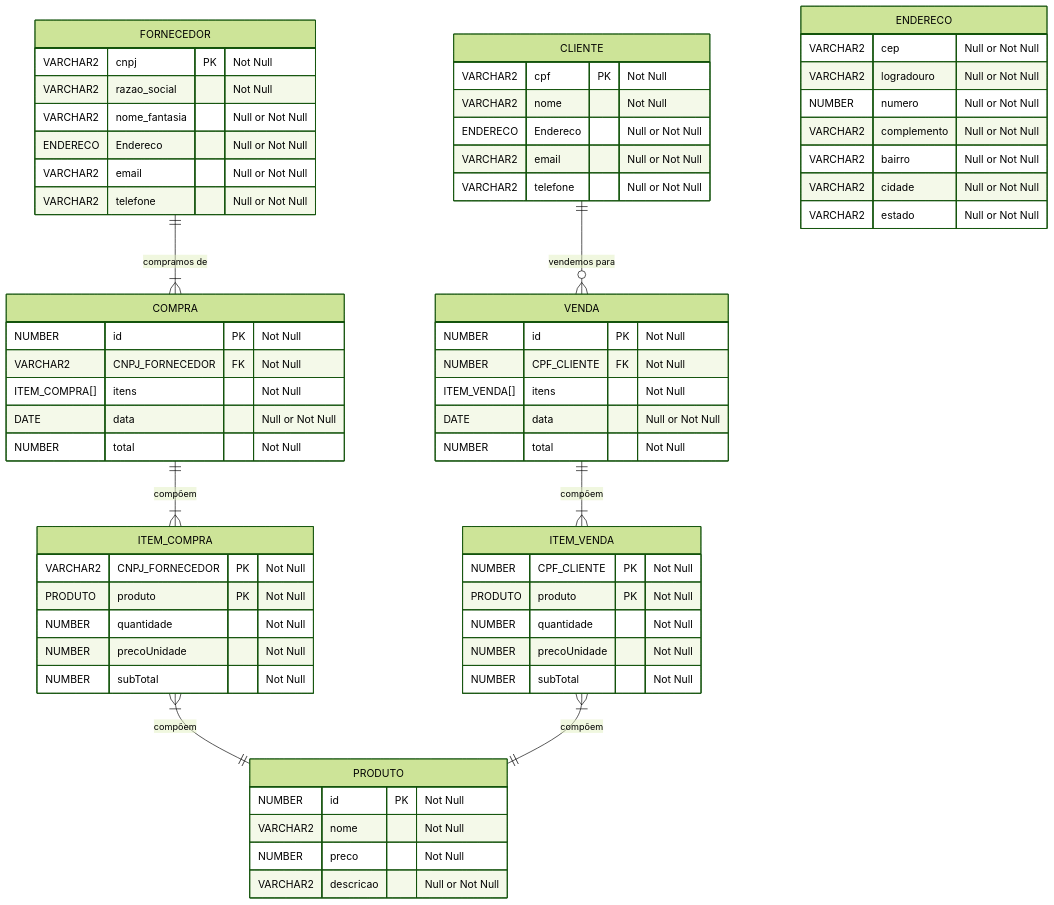
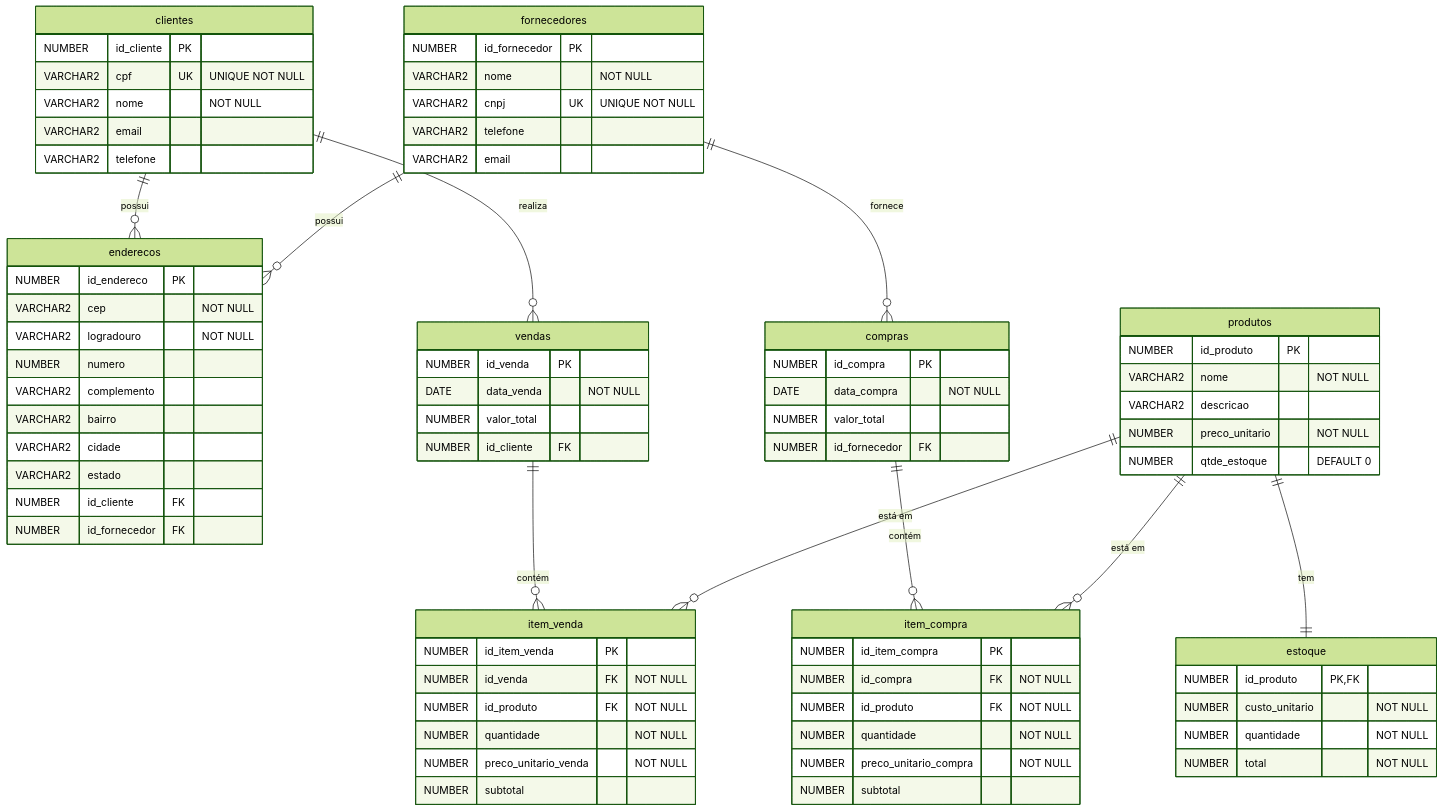
Before and after one commit to digaoes94/trabalhoSQL: the diagram in planning/erDiagram.mmd, drawn with Mermaid (forest theme). The commit also changed 21 other files, not shown here.

```diff
--- a/planning/erDiagram.mmd
+++ b/planning/erDiagram.mmd
@@ -1,75 +1,86 @@
 erDiagram
-    FORNECEDOR {
-        VARCHAR2 cnpj PK "Not Null"
-        VARCHAR2 razao_social "Not Null"
-        VARCHAR2 nome_fantasia "Null or Not Null"
-        ENDERECO Endereco "Null or Not Null"
-        VARCHAR2 email "Null or Not Null"
-        VARCHAR2 telefone "Null or Not Null"
+    clientes {
+        NUMBER id_cliente PK
+        VARCHAR2 cpf UK "UNIQUE NOT NULL"
+        VARCHAR2 nome "NOT NULL"
+        VARCHAR2 email
+        VARCHAR2 telefone
     }
 
-    ITEM_COMPRA {
-        VARCHAR2 CNPJ_FORNECEDOR PK "Not Null"
-        PRODUTO produto PK "Not Null"
-        NUMBER quantidade "Not Null"
-        NUMBER precoUnidade "Not Null"
-        NUMBER subTotal "Not Null"
+    fornecedores {
+        NUMBER id_fornecedor PK
+        VARCHAR2 nome "NOT NULL"
+        VARCHAR2 cnpj UK "UNIQUE NOT NULL"
+        VARCHAR2 telefone
+        VARCHAR2 email
     }
 
-    COMPRA {
-        NUMBER id PK "Not Null"
-        VARCHAR2 CNPJ_FORNECEDOR FK "Not Null"
-        ITEM_COMPRA[] itens "Not Null"
-        DATE data "Null or Not Null"
-        NUMBER total "Not Null"
+    enderecos {
+        NUMBER id_endereco PK
+        VARCHAR2 cep "NOT NULL"
+        VARCHAR2 logradouro "NOT NULL"
+        NUMBER numero
+        VARCHAR2 complemento
+        VARCHAR2 bairro
+        VARCHAR2 cidade
+        VARCHAR2 estado
+        NUMBER id_cliente FK
+        NUMBER id_fornecedor FK
     }
 
-    CLIENTE {
-        VARCHAR2 cpf PK "Not Null"
-        VARCHAR2 nome "Not Null"
-        ENDERECO Endereco "Null or Not Null"
-        VARCHAR2 email "Null or Not Null"
-        VARCHAR2 telefone "Null or Not Null"
+    produtos {
+        NUMBER id_produto PK
+        VARCHAR2 nome "NOT NULL"
+        VARCHAR2 descricao
+        NUMBER preco_unitario "NOT NULL"
+        NUMBER qtde_estoque "DEFAULT 0"
     }
 
-    ITEM_VENDA {
-        NUMBER CPF_CLIENTE PK "Not Null"
-        PRODUTO produto PK "Not Null"
-        NUMBER quantidade "Not Null"
-        NUMBER precoUnidade "Not Null"
-        NUMBER subTotal "Not Null"
+    estoque {
+        NUMBER id_produto PK,FK
+        NUMBER custo_unitario "NOT NULL"
+        NUMBER quantidade "NOT NULL"
+        NUMBER total "NOT NULL"
     }
 
-    VENDA {
-        NUMBER id PK "Not Null"
-        NUMBER CPF_CLIENTE FK "Not Null"
-        ITEM_VENDA[] itens "Not Null"
-        DATE data "Null or Not Null"
-        NUMBER total "Not Null"
+    vendas {
+        NUMBER id_venda PK
+        DATE data_venda "NOT NULL"
+        NUMBER valor_total
+        NUMBER id_cliente FK
     }
 
-    PRODUTO {
-        NUMBER id PK "Not Null"
-        VARCHAR2 nome "Not Null"
-        NUMBER preco "Not Null"
-        VARCHAR2 descricao "Null or Not Null"
+    compras {
+        NUMBER id_compra PK
+        DATE data_compra "NOT NULL"
+        NUMBER valor_total
+        NUMBER id_fornecedor FK
     }
 
-    ENDERECO {
-        VARCHAR2 cep "Null or Not Null"
-        VARCHAR2 logradouro "Null or Not Null"
-        NUMBER numero "Null or Not Null"
-        VARCHAR2 complemento "Null or Not Null"
-        VARCHAR2 bairro "Null or Not Null"
-        VARCHAR2 cidade "Null or Not Null"
-        VARCHAR2 estado "Null or Not Null"
+    item_venda {
+        NUMBER id_item_venda PK
+        NUMBER id_venda FK "NOT NULL"
+        NUMBER id_produto FK "NOT NULL"
+        NUMBER quantidade "NOT NULL"
+        NUMBER preco_unitario_venda "NOT NULL"
+        NUMBER subtotal
     }
 
-    FORNECEDOR ||--|{ COMPRA : "compramos de"
-    COMPRA ||--|{ ITEM_COMPRA : "compõem"
+    item_compra {
+        NUMBER id_item_compra PK
+        NUMBER id_compra FK "NOT NULL"
+        NUMBER id_produto FK "NOT NULL"
+        NUMBER quantidade "NOT NULL"
+        NUMBER preco_unitario_compra "NOT NULL"
+        NUMBER subtotal
+    }
 
-    CLIENTE ||--O{ VENDA : "vendemos para"
-    VENDA ||--|{ ITEM_VENDA : "compõem"
-
-    ITEM_COMPRA }|--|| PRODUTO : "compõem"
-    ITEM_VENDA }|--|| PRODUTO : "compõem"
+    clientes ||--o{ enderecos : "possui"
+    fornecedores ||--o{ enderecos : "possui"
+    clientes ||--o{ vendas : "realiza"
+    fornecedores ||--o{ compras : "fornece"
+    produtos ||--|| estoque : "tem"
+    vendas ||--o{ item_venda : "contém"
+    produtos ||--o{ item_venda : "está em"
+    compras ||--o{ item_compra : "contém"
+    produtos ||--o{ item_compra : "está em"
```
